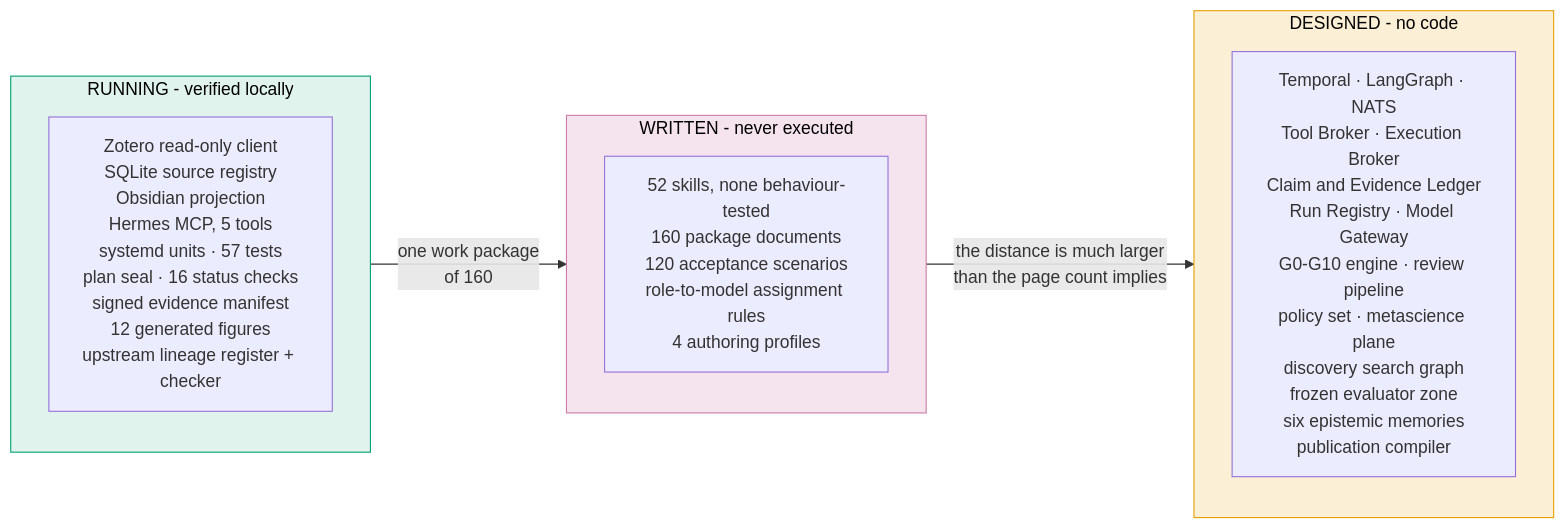
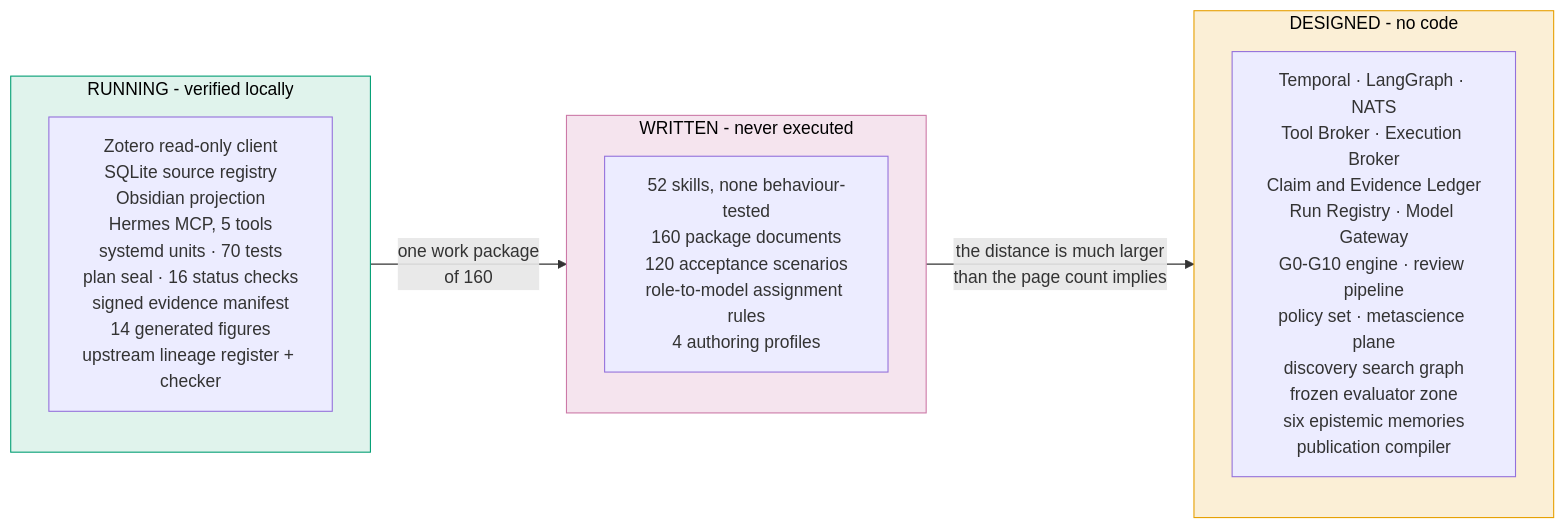
One commit to furkanhanilci/AETHRION changed diagram 14 of 16 in README.md. Above: the diagram before and after it, drawn with Mermaid. The commit also changed other lines of this file and 107 other files, not shown here.

````diff
--- a/README.md
+++ b/README.md
@@ -802,17 +894,17 @@
 ```mermaid
 flowchart LR
     subgraph WORKING["RUNNING - verified locally"]
-        W["Zotero read-only client<br/>SQLite source registry<br/>Obsidian projection<br/>Hermes MCP, 5 tools<br/>systemd units · 57 tests<br/>plan seal · 16 status checks<br/>signed evidence manifest<br/>12 generated figures<br/>upstream lineage register + checker"]
+        W["Zotero read-only client<br/>SQLite source registry<br/>Obsidian projection<br/>Hermes MCP, 5 tools<br/>systemd units · 70 tests<br/>plan seal · 16 status checks<br/>signed evidence manifest<br/>14 generated figures<br/>upstream lineage register + checker"]
     end
     subgraph WRITTEN["WRITTEN - never executed"]
         S["52 skills, none behaviour-tested<br/>160 package documents<br/>120 acceptance scenarios<br/>role-to-model assignment rules<br/>4 authoring profiles"]
     end
     subgraph DESIGNED["DESIGNED - no code"]
         D["Temporal · LangGraph · NATS<br/>Tool Broker · Execution Broker<br/>Claim and Evidence Ledger<br/>Run Registry · Model Gateway<br/>G0-G10 engine · review pipeline<br/>policy set · metascience plane<br/>discovery search graph<br/>frozen evaluator zone<br/>six epistemic memories<br/>publication compiler"]
     end
     WORKING -->|"one work package<br/>of 160"| WRITTEN
     WRITTEN -->|"the distance is much larger<br/>than the page count implies"| DESIGNED
     style WORKING fill:#E0F3EC,stroke:#009E73,color:#000
     style WRITTEN fill:#F5E4EE,stroke:#CC79A7,color:#000
     style DESIGNED fill:#FBEFD6,stroke:#E69F00,color:#000
 ```
````
